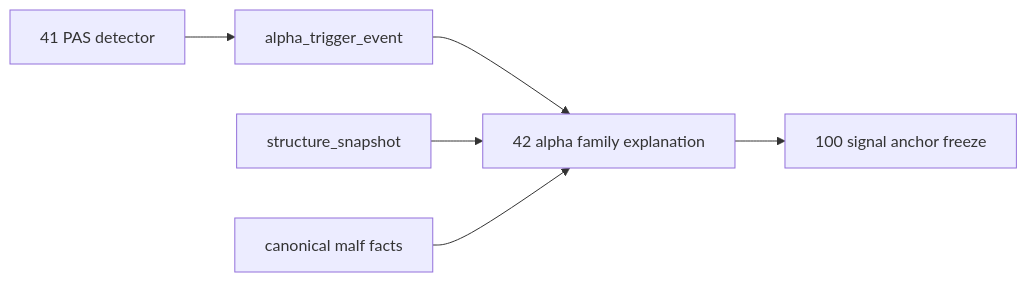
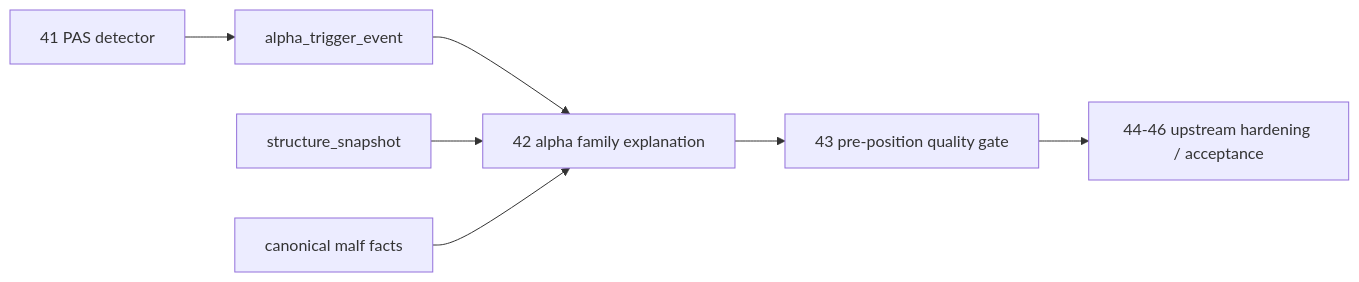
Before and after one commit to everything-is-simple/lifespan-0.01: the diagram in docs/03-execution/42-alpha-family-role-and-malf-alignment-conclusion-20260413.md, drawn with Mermaid. The commit also changed other lines of this file and 10 other files, not shown here.

````diff
--- a/docs/03-execution/42-alpha-family-role-and-malf-alignment-conclusion-20260413.md
+++ b/docs/03-execution/42-alpha-family-role-and-malf-alignment-conclusion-20260413.md
@@ -40,8 +40,9 @@
 ```mermaid
 flowchart LR
     DET["41 PAS detector"] --> TRG["alpha_trigger_event"]
     TRG --> FAM["42 alpha family explanation"]
     STR["structure_snapshot"] --> FAM
     MALF["canonical malf facts"] --> FAM
-    FAM --> NEXT["100 signal anchor freeze"]
+    FAM --> NEXT["43 pre-position quality gate"]
+    NEXT --> HOLD["44-46 upstream hardening / acceptance"]
 ```
````
